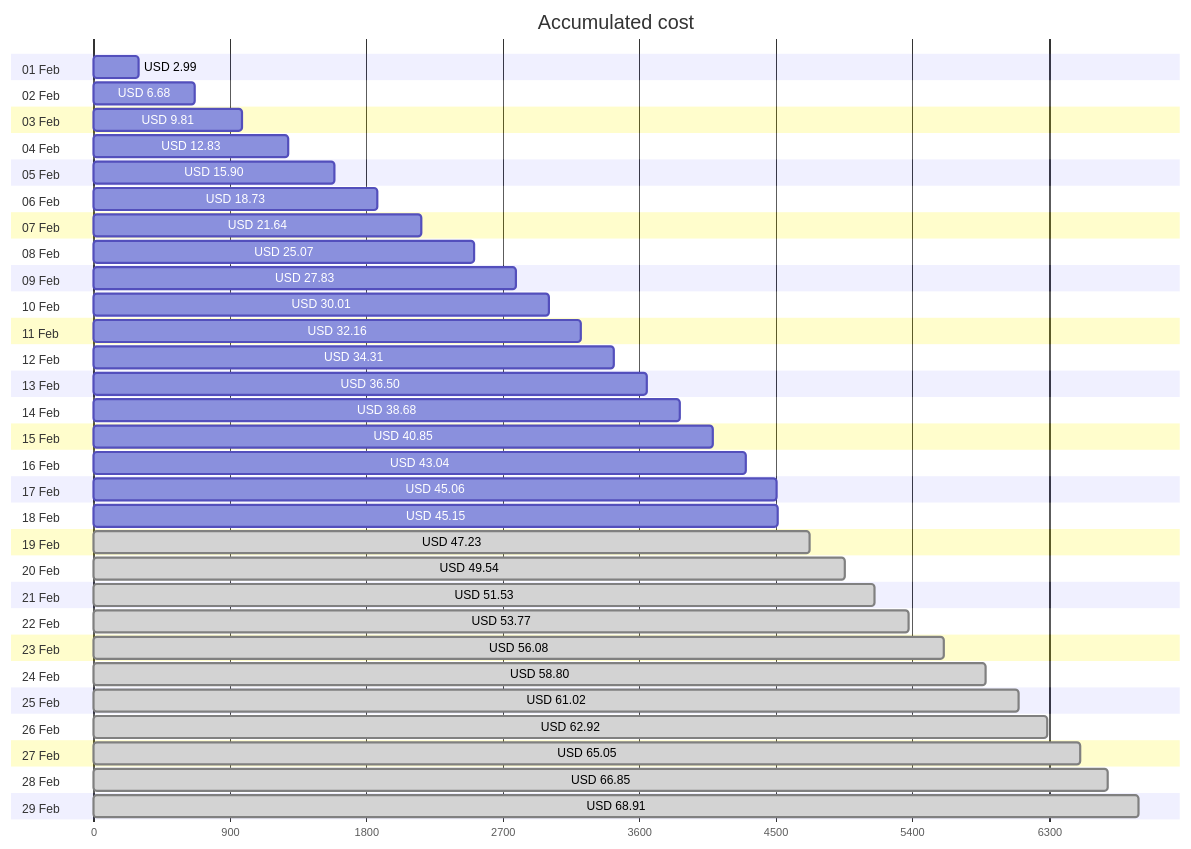
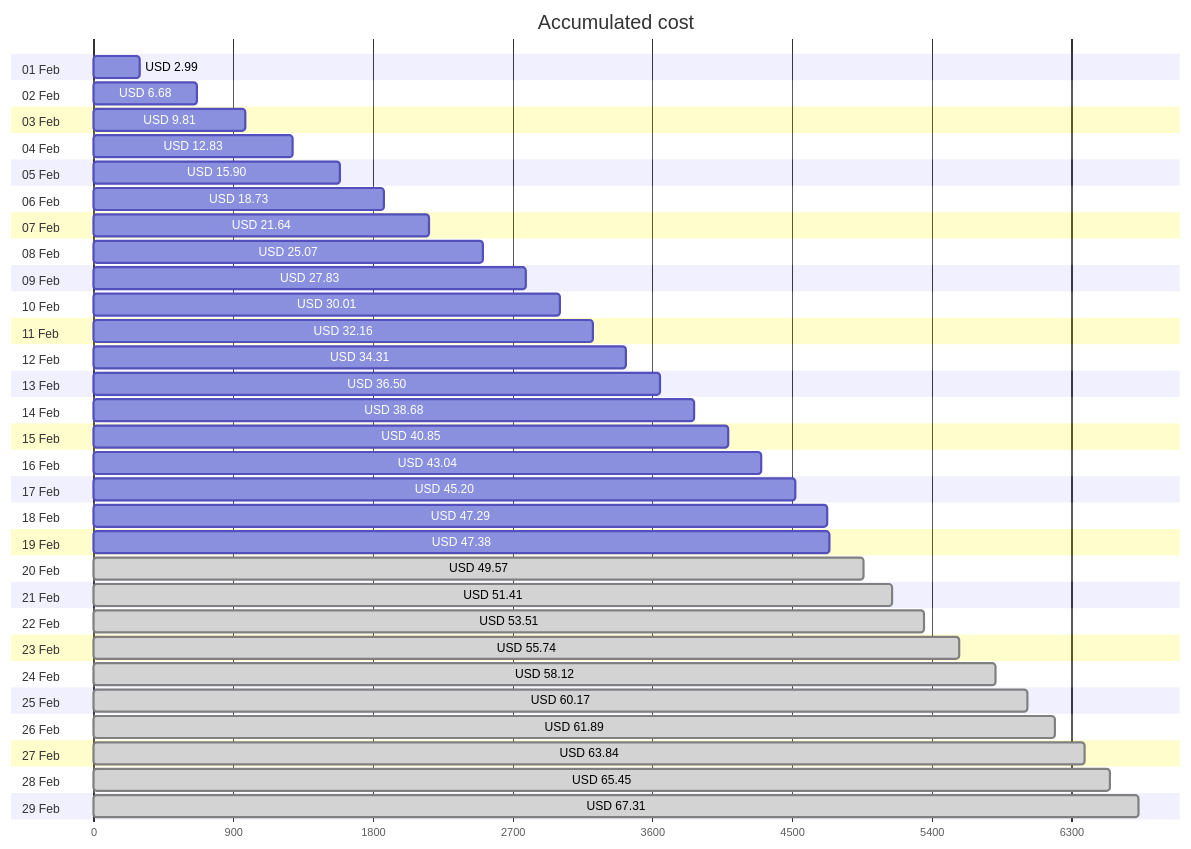
One commit to jpfulton/azure-personal-reports changed the first of 4 diagrams in cost-reports/accumulated-cost.md. Above: the diagram before and after it, drawn with Mermaid. The commit also changed other lines of this file and 4 other files, not shown here.

````diff
--- a/cost-reports/accumulated-cost.md
+++ b/cost-reports/accumulated-cost.md
@@ -20,64 +20,64 @@
 ```mermaid
 gantt
    title Accumulated cost
    dateFormat  X
    axisFormat %s
    section 01 Feb
    USD 2.99 :0, 299
    section 02 Feb
    USD 6.68 :0, 668
    section 03 Feb
    USD 9.81 :0, 981
    section 04 Feb
    USD 12.83 :0, 1283
    section 05 Feb
    USD 15.90 :0, 1590
    section 06 Feb
    USD 18.73 :0, 1873
    section 07 Feb
    USD 21.64 :0, 2164
    section 08 Feb
    USD 25.07 :0, 2507
    section 09 Feb
    USD 27.83 :0, 2783
    section 10 Feb
    USD 30.01 :0, 3001
    section 11 Feb
    USD 32.16 :0, 3216
    section 12 Feb
    USD 34.31 :0, 3431
    section 13 Feb
    USD 36.50 :0, 3650
    section 14 Feb
    USD 38.68 :0, 3868
    section 15 Feb
    USD 40.85 :0, 4085
    section 16 Feb
    USD 43.04 :0, 4304
    section 17 Feb
-   USD 45.06 :0, 4506
+   USD 45.20 :0, 4520
    section 18 Feb
-   USD 45.15 :0, 4515
+   USD 47.29 :0, 4729
    section 19 Feb
-   USD 47.23 : done, 0, 4723
+   USD 47.38 :0, 4738
    section 20 Feb
-   USD 49.54 : done, 0, 4954
+   USD 49.57 : done, 0, 4957
    section 21 Feb
-   USD 51.53 : done, 0, 5153
+   USD 51.41 : done, 0, 5141
    section 22 Feb
-   USD 53.77 : done, 0, 5377
+   USD 53.51 : done, 0, 5351
    section 23 Feb
-   USD 56.08 : done, 0, 5608
+   USD 55.74 : done, 0, 5574
    section 24 Feb
-   USD 58.80 : done, 0, 5880
+   USD 58.12 : done, 0, 5812
    section 25 Feb
-   USD 61.02 : done, 0, 6102
+   USD 60.17 : done, 0, 6017
    section 26 Feb
-   USD 62.92 : done, 0, 6292
+   USD 61.89 : done, 0, 6189
    section 27 Feb
-   USD 65.05 : done, 0, 6505
+   USD 63.84 : done, 0, 6384
    section 28 Feb
-   USD 66.85 : done, 0, 6685
+   USD 65.45 : done, 0, 6545
    section 29 Feb
-   USD 68.91 : done, 0, 6891
+   USD 67.31 : done, 0, 6731
 ```
````
